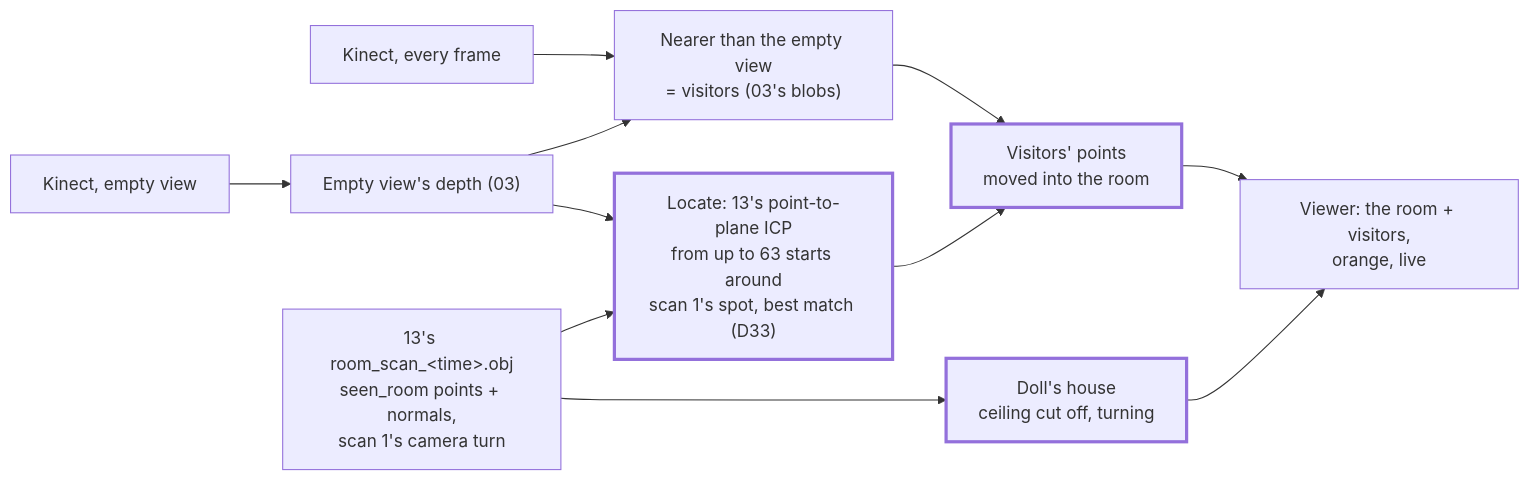
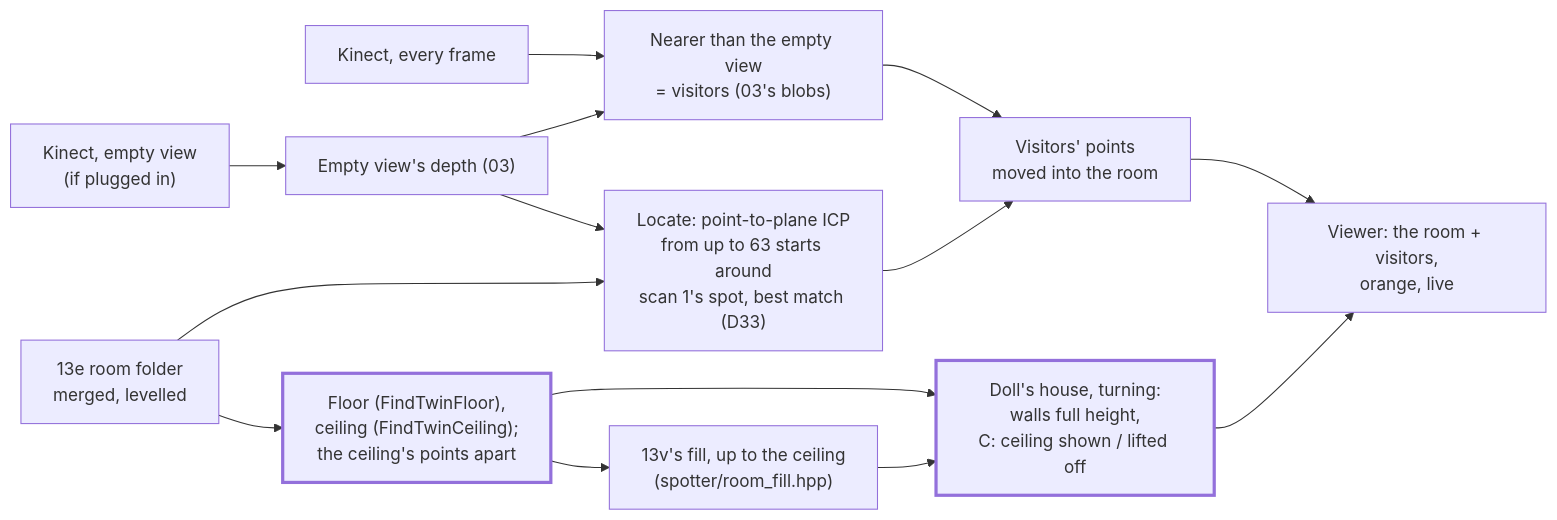
Diagram 32 of 32 in exercises/cpp/EXAMPLES.md (Kramav/Spotter), drawn with Mermaid before and after one commit. The commit also changed other lines of this file and 30 other files, not shown here.

````diff
--- a/exercises/cpp/EXAMPLES.md
+++ b/exercises/cpp/EXAMPLES.md
@@ -742,16 +753,19 @@
 ```mermaid
 flowchart LR
-    OBJ["13's room_scan_&lt;time&gt;.obj<br/>seen_room points + normals,<br/>scan 1's camera turn"] --> DH["Doll's house<br/>ceiling cut off, turning"]
-    K["Kinect, empty view"] --> BG["Empty view's depth (03)"]
-    BG --> LOC["Locate: 13's point-to-plane ICP<br/>from up to 63 starts around<br/>scan 1's spot, best match (D33)"]
-    OBJ --> LOC
+    FOLD["13e room folder<br/>merged, levelled"] --> FC["Floor (FindTwinFloor),<br/>ceiling (FindTwinCeiling);<br/>the ceiling's points apart"]
+    FC --> FILL["13v's fill, up to the ceiling<br/>(spotter/room_fill.hpp)"]
+    FC --> DH["Doll's house, turning:<br/>walls full height,<br/>C: ceiling shown / lifted off"]
+    FILL --> DH
+    K["Kinect, empty view<br/>(if plugged in)"] --> BG["Empty view's depth (03)"]
+    BG --> LOC["Locate: point-to-plane ICP<br/>from up to 63 starts around<br/>scan 1's spot, best match (D33)"]
+    FOLD --> LOC
     K2["Kinect, every frame"] --> FG["Nearer than the empty view<br/>= visitors (03's blobs)"]
     BG --> FG
     FG --> MOVE["Visitors' points<br/>moved into the room"]
     LOC --> MOVE
     MOVE --> V["Viewer: the room + visitors,<br/>orange, live"]
     DH --> V
 
     classDef new stroke-width:3px
-    class DH,LOC,MOVE new
+    class FC,DH new
 ```
````
